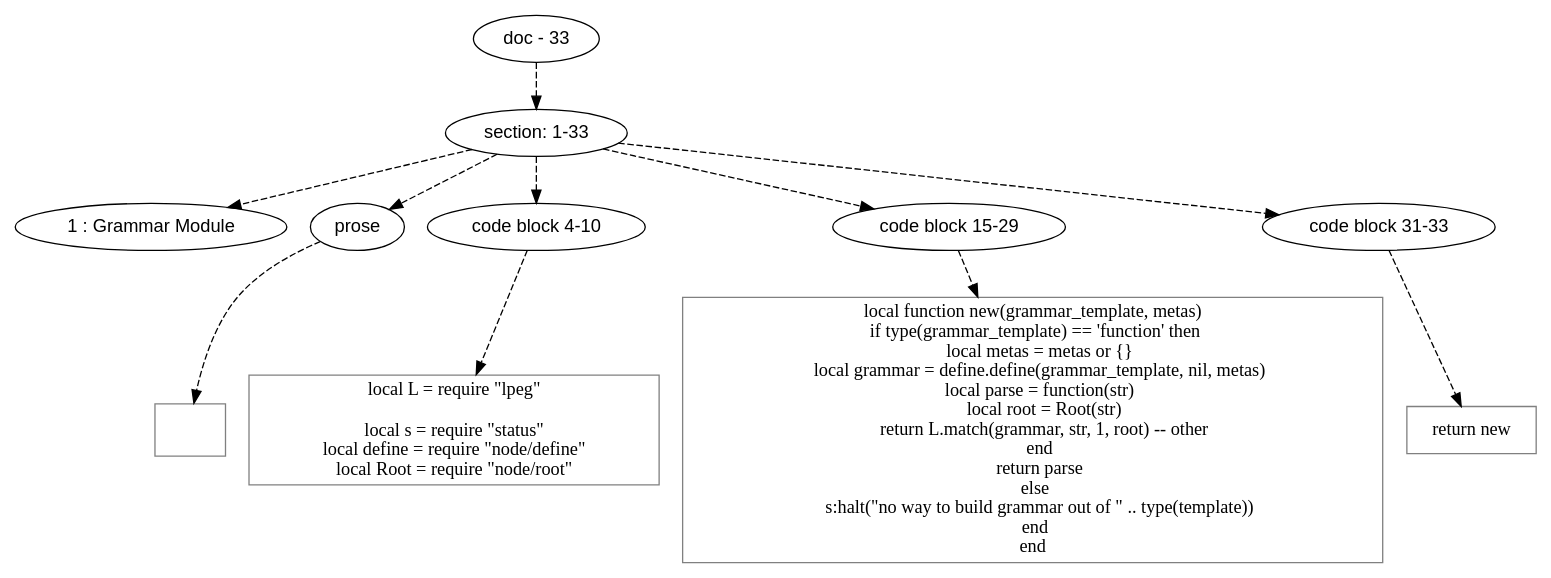
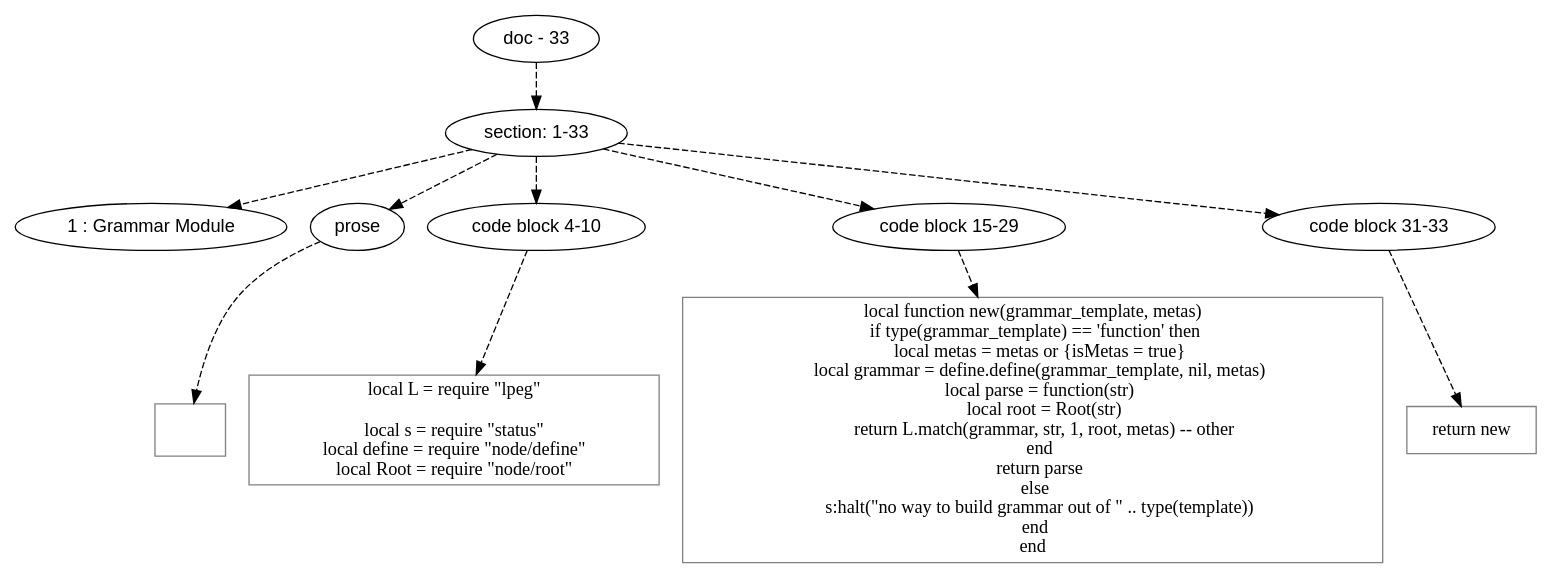
One commit to mnemnion/orb changed the diagram in doc/dot/node/grammar.dot. Above: the diagram before and after it, drawn with Graphviz. The commit also changed 4 other files, not shown here.

```diff
--- a/doc/dot/node/grammar.dot
+++ b/doc/dot/node/grammar.dot
@@ -1,56 +1,56 @@
 digraph hierarchy {
 
 node [fontname=Helvetica]
 edge [style=dashed]
 
 doc_0 [label="doc - 33"]
 
 
 doc_0 -> { section_1}
 {rank=same; section_1}
 
 section_1 [label="section: 1-33"]
 
 
 section_1 -> { header_2 prose_3 codeblock_4 codeblock_5 codeblock_6}
 {rank=same; header_2 prose_3 codeblock_4 codeblock_5 codeblock_6}
 
 header_2 [label="1 : Grammar Module"]
 
 prose_3 [label="prose"]
 
 codeblock_4 [label="code block 4-10"]
 
 codeblock_5 [label="code block 15-29"]
 
 codeblock_6 [label="code block 31-33"]
 
 
 prose_3 -> leaf_7
 leaf_7  [color=Gray,shape=rectangle,fontname=Inconsolata,label="
 
 "]
 codeblock_4 -> leaf_8
 leaf_8  [color=Gray,shape=rectangle,fontname=Inconsolata,label="local L = require \"lpeg\"
 
 local s = require \"status\" 
 local define = require \"node/define\"
 local Root = require \"node/root\""]
 codeblock_5 -> leaf_9
 leaf_9  [color=Gray,shape=rectangle,fontname=Inconsolata,label="local function new(grammar_template, metas)
   if type(grammar_template) == 'function' then
-    local metas = metas or {}
+    local metas = metas or {isMetas = true}
     local grammar = define.define(grammar_template, nil, metas)
     local parse = function(str)
       local root = Root(str)
-      return L.match(grammar, str, 1, root) -- other 
+      return L.match(grammar, str, 1, root, metas) -- other 
     end
     return parse
   else
     s:halt(\"no way to build grammar out of \" .. type(template))
   end
 end"]
 codeblock_6 -> leaf_10
 leaf_10  [color=Gray,shape=rectangle,fontname=Inconsolata,label="return new"]
 
 }
```
